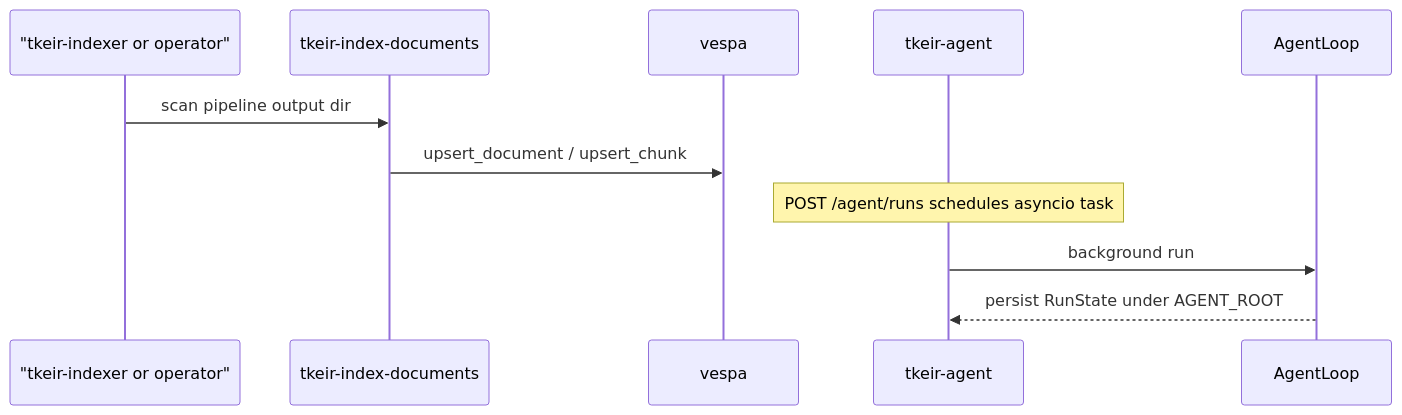
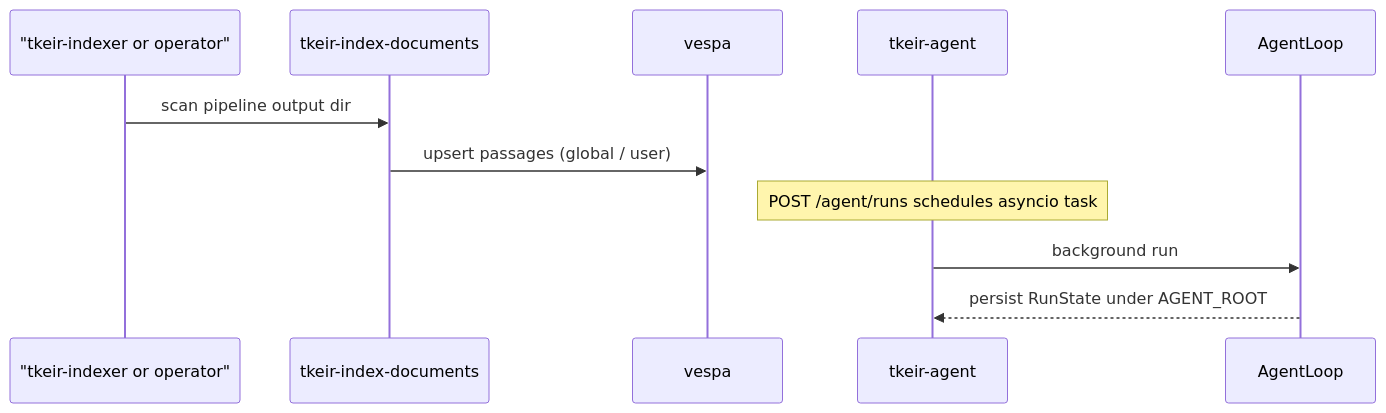
One commit to ThalesGroup/t-keir changed the sixth of 6 diagrams in docs/architecture/sequences.md. Above: the diagram before and after it, drawn with Mermaid. The commit also changed other lines of this file and 151 other files, not shown here.

````diff
--- a/docs/architecture/sequences.md
+++ b/docs/architecture/sequences.md
@@ -161,14 +161,14 @@
 ```mermaid
 sequenceDiagram
   participant Cron as "tkeir-indexer or operator"
   participant Index as tkeir-index-documents
   participant Vespa as vespa
   participant Agent as tkeir-agent
   participant Runner as AgentLoop
 
   Cron->>Index: scan pipeline output dir
-  Index->>Vespa: upsert_document / upsert_chunk
+  Index->>Vespa: upsert passages (global / user)
   Note over Agent: POST /agent/runs schedules asyncio task
   Agent->>Runner: background run
   Runner-->>Agent: persist RunState under AGENT_ROOT
 ```
````
